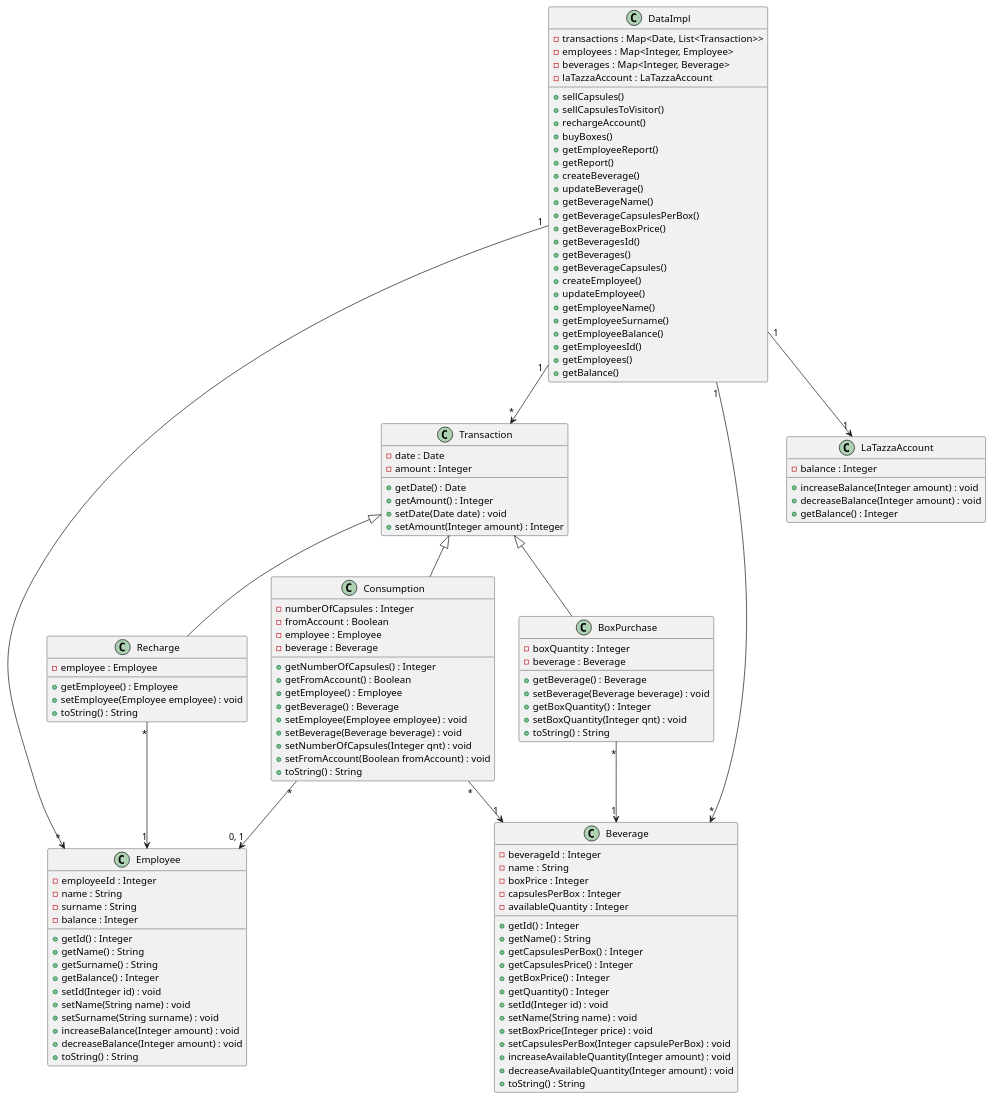
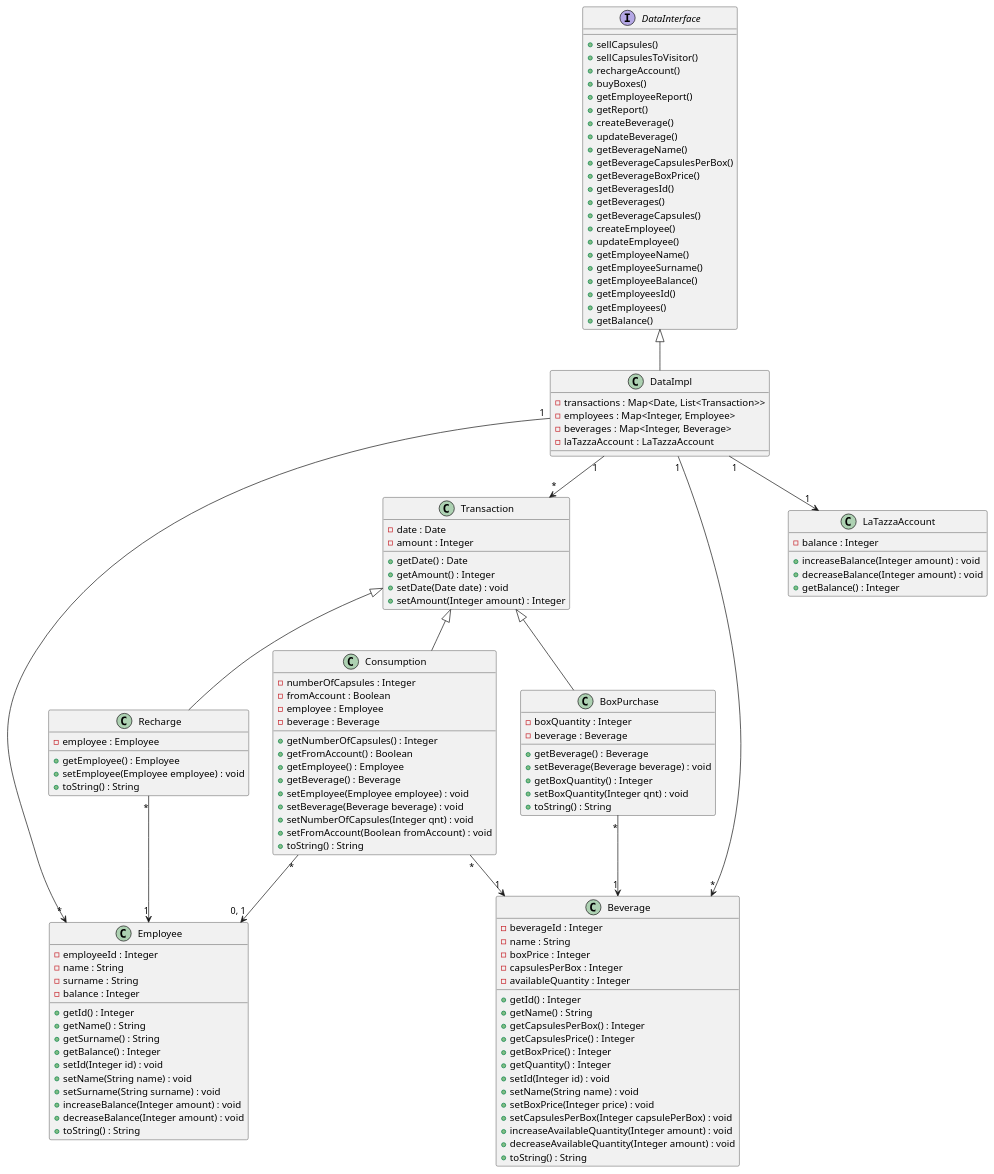
Before and after one commit to eloparco/LaTazza: the third of 5 diagrams in design_document.md, drawn with PlantUML.

Commit message:
Add 'DataInterface' to class diagram

```diff
--- a/design_document.md
+++ b/design_document.md
@@ -140,11 +140,7 @@
 + getBalance() : Integer
 }
 
-class DataImpl {
-- transactions : Map<Date, List<Transaction>>
-- employees : Map<Integer, Employee>
-- beverages : Map<Integer, Beverage> 
-- laTazzaAccount : LaTazzaAccount
+interface DataInterface {
 + sellCapsules()
 + sellCapsulesToVisitor()
 + rechargeAccount()
@@ -169,6 +165,14 @@
 + getBalance()
 }
 
+class DataImpl {
+- transactions : Map<Date, List<Transaction>>
+- employees : Map<Integer, Employee>
+- beverages : Map<Integer, Beverage> 
+- laTazzaAccount : LaTazzaAccount
+}
+
+DataInterface <|-- DataImpl
 DataImpl "1" --> "*" Transaction
 DataImpl "1" --> "1" LaTazzaAccount
 DataImpl "1" --> "*" Employee
```
